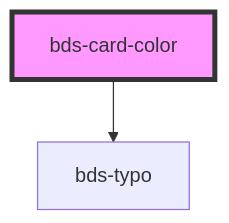
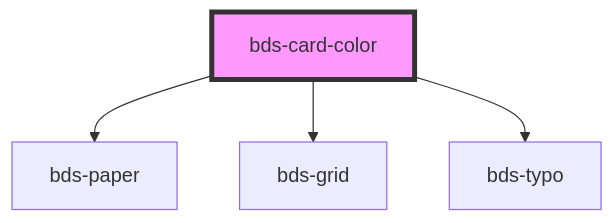
The diagram in src/components/card-color/readme.md (takenet/blip-ds), drawn with Mermaid before and after one commit. The commit also changed other lines of this file and 93 other files, not shown here.

````diff
--- a/src/components/card-color/readme.md
+++ b/src/components/card-color/readme.md
@@ -26,5 +28,7 @@
 ```mermaid
 graph TD;
+  bds-card-color --> bds-paper
+  bds-card-color --> bds-grid
   bds-card-color --> bds-typo
   style bds-card-color fill:#f9f,stroke:#333,stroke-width:4px
 ```
````
